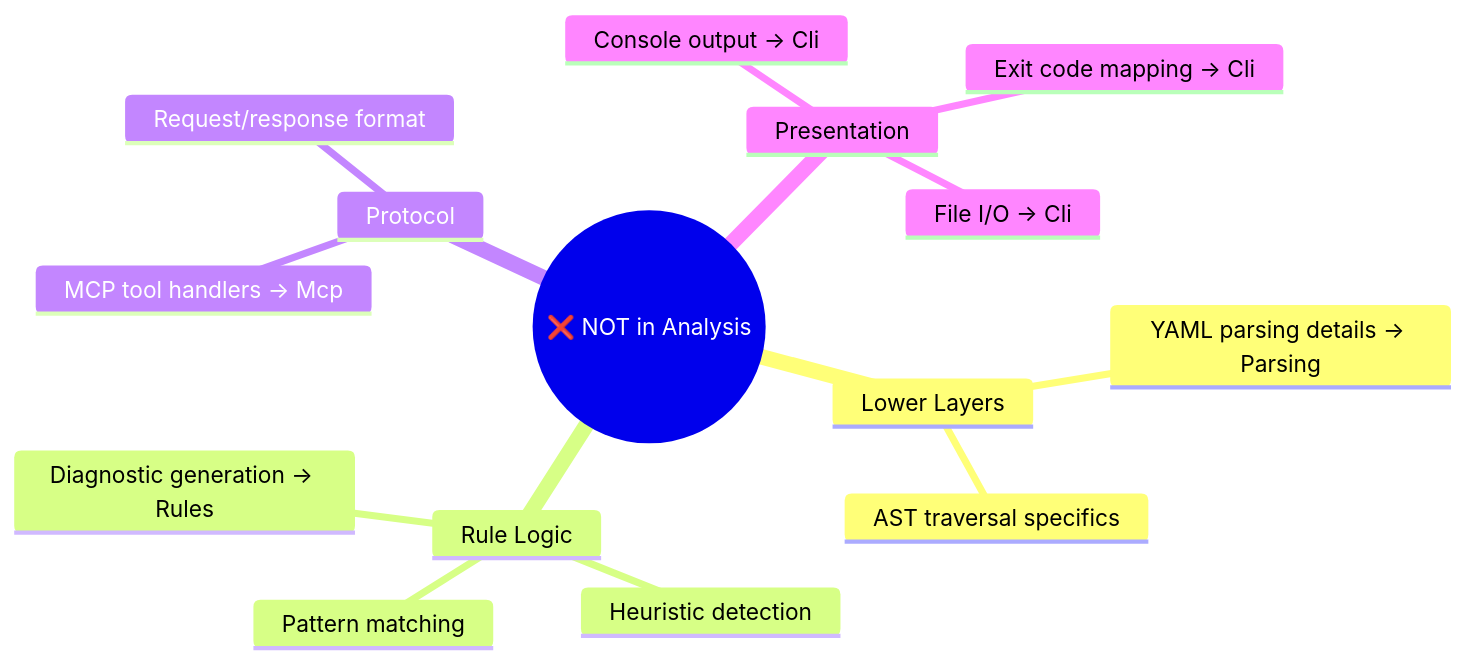
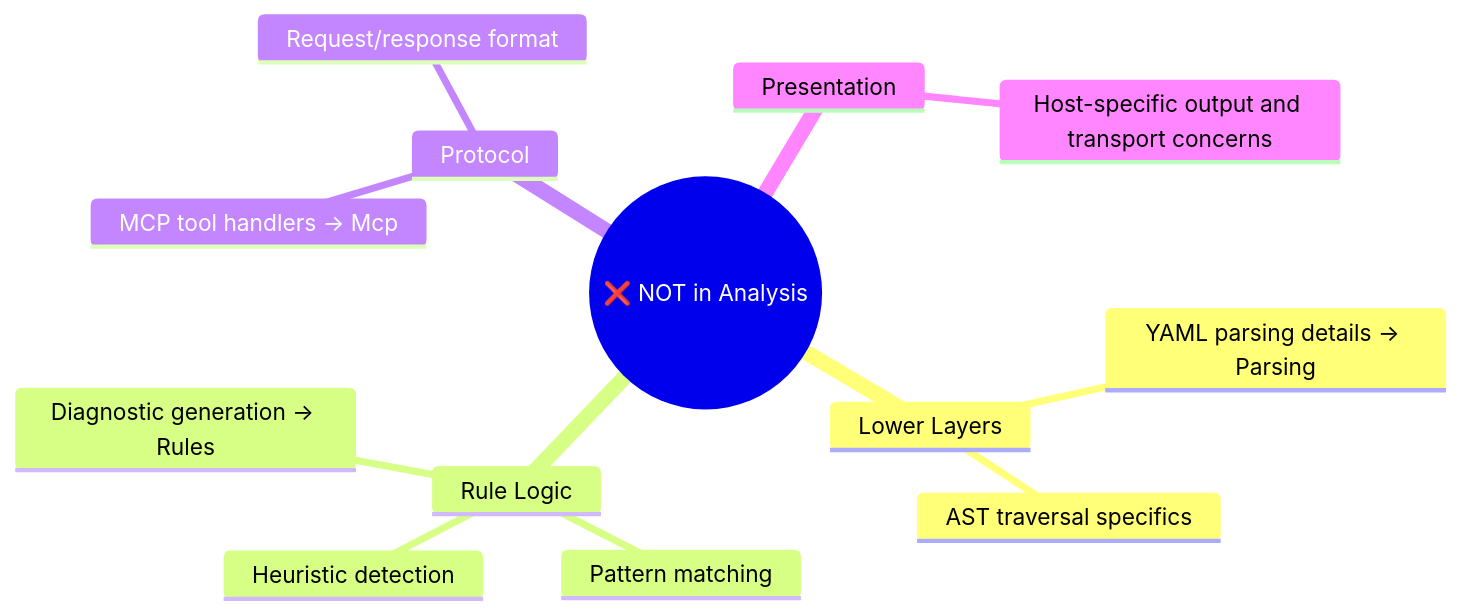
The second of 2 diagrams in src/AzurePipelines.Guidelines.Analysis/AGENTS.md (ruijarimba/azure-pipelines-guidelines-ai-mcp), drawn with Mermaid before and after one commit. The commit also changed other lines of this file and 13 other files, not shown here.

````diff
--- a/src/AzurePipelines.Guidelines.Analysis/AGENTS.md
+++ b/src/AzurePipelines.Guidelines.Analysis/AGENTS.md
@@ -45,18 +45,16 @@
 ```mermaid
 mindmap
   root((❌ NOT in Analysis))
     Lower Layers
       YAML parsing details → Parsing
       AST traversal specifics
     Rule Logic
       Diagnostic generation → Rules
       Pattern matching
       Heuristic detection
     Protocol
       MCP tool handlers → Mcp
       Request/response format
     Presentation
-      Console output → Cli
-      File I/O → Cli
-      Exit code mapping → Cli
+      Host-specific output and transport concerns
 ```
````
